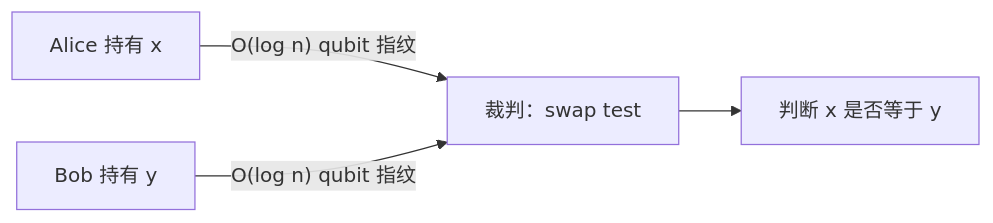
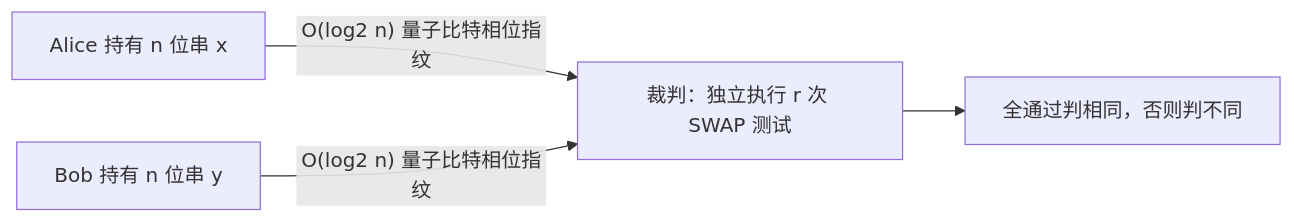
The fourth of 4 diagrams in handbook/18-channels-capacities-complexity.md (nanless/quantum-computing-handbook), drawn with Mermaid before and after one commit. The commit also changed other lines of this file and 386 other files, not shown here.

````diff
--- a/handbook/18-channels-capacities-complexity.md
+++ b/handbook/18-channels-capacities-complexity.md
@@ -926,6 +1358,6 @@
 ```mermaid
 flowchart LR
-  A[Alice 持有 x] -->|"O(log n) qubit 指纹"| R[裁判：swap test]
-  B[Bob 持有 y] -->|"O(log n) qubit 指纹"| R
-  R --> C[判断 x 是否等于 y]
+  A["Alice 持有 n 位串 x"] -->|"O(log2 n) 量子比特相位指纹"| R["裁判：独立执行 r 次 SWAP 测试"]
+  B["Bob 持有 n 位串 y"] -->|"O(log2 n) 量子比特相位指纹"| R
+  R --> C["全通过判相同，否则判不同"]
 ```
````
